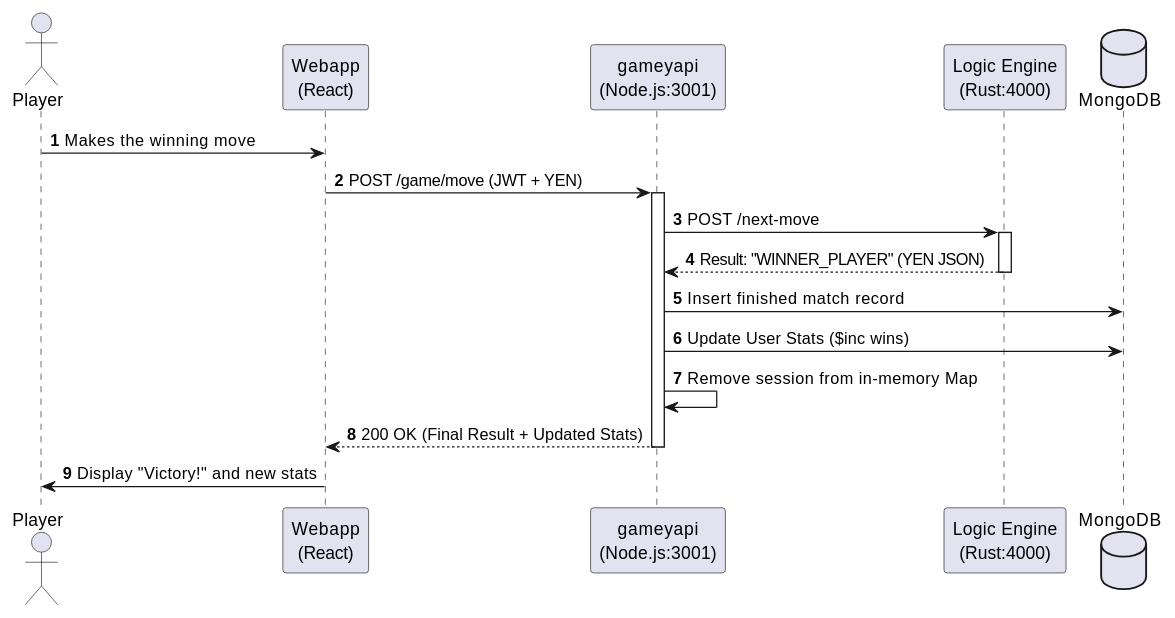
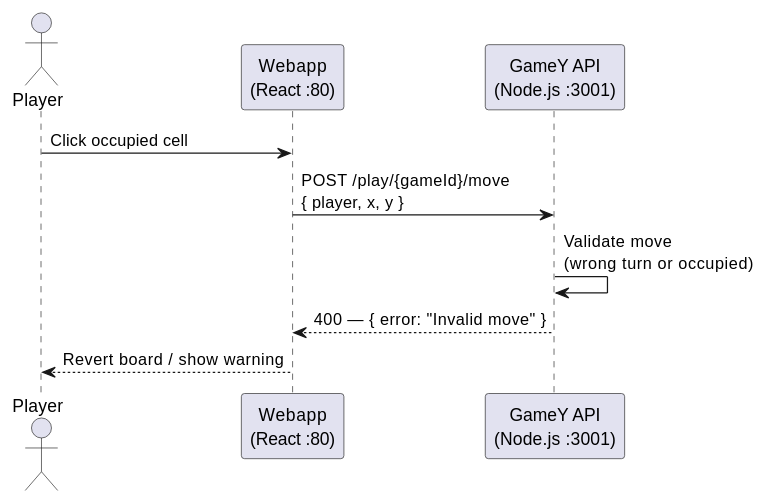
Before and after one commit to Arquisoft/yovi_en1a: the fifth of 5 diagrams in docs/src/06_runtime_view.adoc, drawn with PlantUML. The commit also changed other lines of this file, not shown here.

```diff
--- a/docs/src/06_runtime_view.adoc
+++ b/docs/src/06_runtime_view.adoc
@@ -114,29 +101,14 @@
-[plantuml, target="match-conclusion", format="png"]
+[plantuml, target="invalid-move", format="png"]
 ----
 @startuml
-autonumber
-actor "Player" as User
-participant "Webapp\n(React)" as UI
-participant "gameyapi\n(Node.js:3001)" as API
-participant "Logic Engine\n(Rust:4000)" as Rust
-database "MongoDB" as DB
+actor "Player" as Player
+participant "Webapp\n(React :80)" as Webapp
+participant "GameY API\n(Node.js :3001)" as API
 
-User -> UI : Makes the winning move
-UI -> API : POST /game/move (JWT + YEN)
-activate API
-
-API -> Rust : POST /next-move
-activate Rust
-Rust --> API : Result: "WINNER_PLAYER" (YEN JSON)
-deactivate Rust
-
-API -> DB : Insert finished match record
-API -> DB : Update User Stats ($inc wins)
-API -> API : Remove session from in-memory Map
-
-API --> UI : 200 OK (Final Result + Updated Stats)
-deactivate API
-
-UI -> User : Display "Victory!" and new stats
+Player -> Webapp : Click occupied cell
+Webapp -> API : POST /play/{gameId}/move\n{ player, x, y }
+API -> API : Validate move\n(wrong turn or occupied)
+API --> Webapp : 400 — { error: "Invalid move" }
+Webapp --> Player : Revert board / show warning
 @enduml
 ----
```
